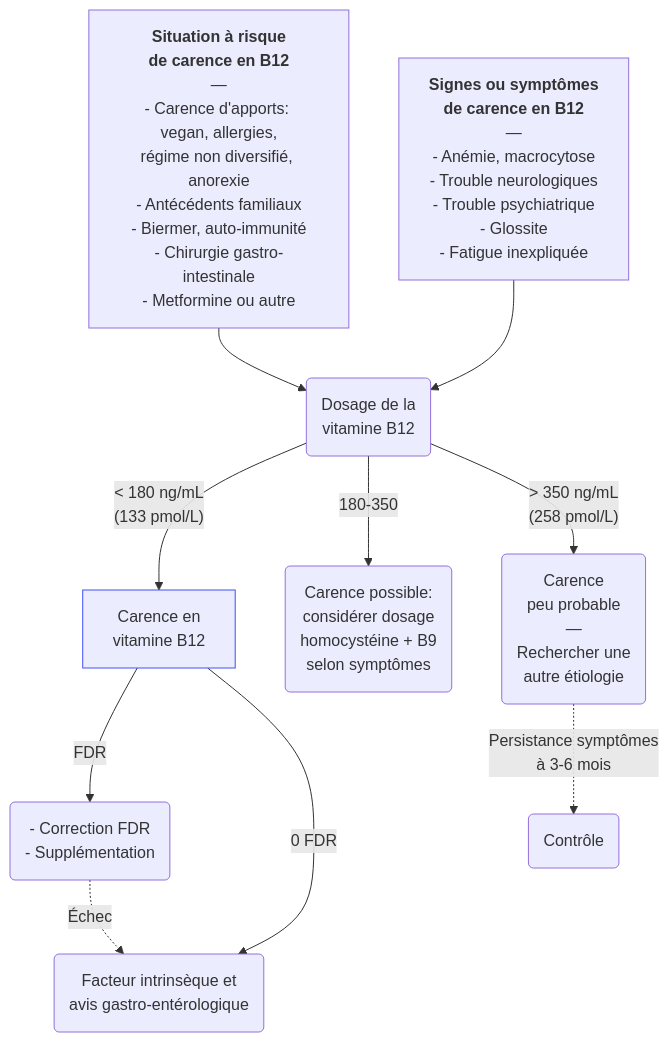
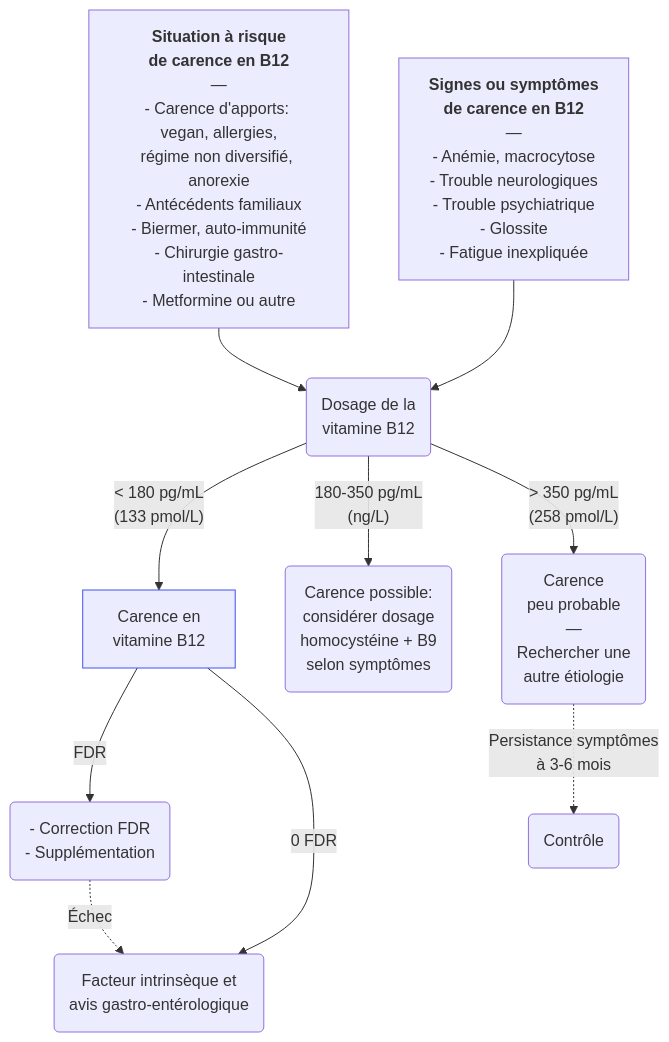
Before and after one commit to djibe/recommandations-medicales: the diagram in content/recommandations/carence-vitamine-b12.md, drawn with Mermaid. The commit also changed other lines of this file, not shown here.

```diff
--- a/content/recommandations/carence-vitamine-b12.md
+++ b/content/recommandations/carence-vitamine-b12.md
@@ -193,10 +190,10 @@
 {{< mermaid title="Prise en charge de la carence en vitamine B12. Dr JB Fron d'après NICE 2024" >}}
 graph TB
   risque["<b>Situation à risque<br>de carence en B12</b><br>—<br>- Carence d'apports: vegan, allergies,<br>régime non diversifié, anorexie<br>- Antécédents familiaux<br>- Biermer, auto-immunité<br>- Chirurgie gastro-intestinale<br>- Metformine ou autre"] --> dosage("Dosage de la<br>vitamine B12")
   symptômes["<b>Signes ou symptômes<br>de carence en B12</b><br>—<br>- Anémie, macrocytose<br>- Trouble neurologiques<br>- Trouble psychiatrique<br>- Glossite<br>- Fatigue inexpliquée"] --> dosage
-    dosage -- "&lt; 180 ng/mL<br>(133 pmol/L)" --> diagnostic["Carence en<br>vitamine B12"] -- FDR --> essai("- Correction FDR<br>- Supplémentation") -. Échec .-> gastro("Facteur intrinsèque et<br>avis gastro-entérologique")
+    dosage -- "&lt; 180 pg/mL<br>(133 pmol/L)" --> diagnostic["Carence en<br>vitamine B12"] -- FDR --> essai("- Correction FDR<br>- Supplémentation") -. Échec .-> gastro("Facteur intrinsèque et<br>avis gastro-entérologique")
       diagnostic -- "0 FDR" --> gastro
-    dosage -- "180-350" --> indéterminé("Carence possible:<br>considérer dosage<br>homocystéine + B9<br>selon symptômes")
-    dosage -- "&gt; 350 ng/mL<br>(258 pmol/L)" --> différentiel("Carence<br>peu probable<br>—<br>Rechercher une<br>autre étiologie") -. "Persistance symptômes<br>à 3-6 mois" .-> contrôle(Contrôle)
+    dosage -- "180-350 pg/mL<br>(ng/L)" --> indéterminé("Carence possible:<br>considérer dosage<br>homocystéine + B9<br>selon symptômes")
+    dosage -- "&gt; 350 pg/mL<br>(258 pmol/L)" --> différentiel("Carence<br>peu probable<br>—<br>Rechercher une<br>autre étiologie") -. "Persistance symptômes<br>à 3-6 mois" .-> contrôle(Contrôle)
   style diagnostic stroke:#4150f5, stroke-width:1px
 {{< /mermaid >}}
```
